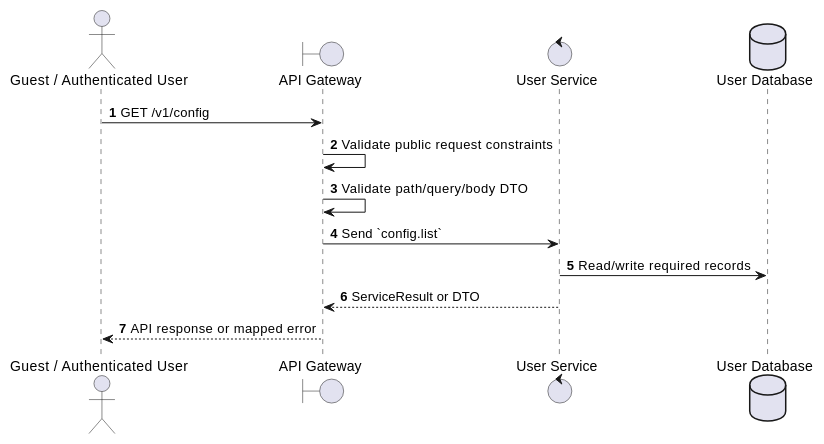
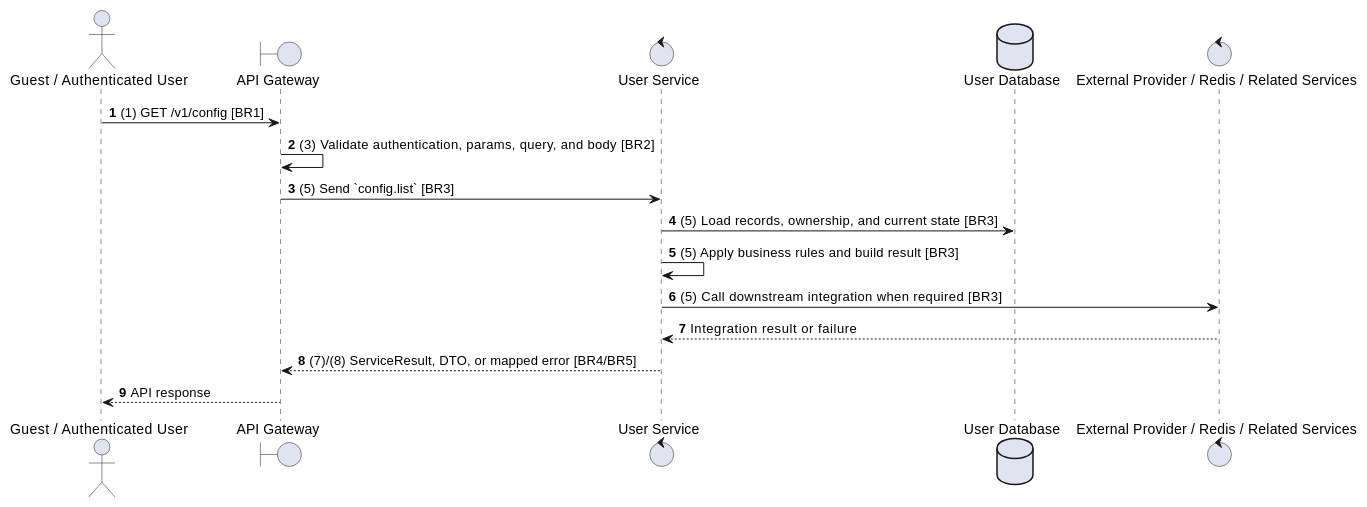
One commit to Tanh1603/movie-hub-architecture changed the second of 2 diagrams in docs/functional_specs/3.12_System_Configuration_Module/CF-01_Get_All_Settings.md. Above: the diagram before and after it, drawn with PlantUML. The commit also changed other lines of this file and 129 other files, not shown here.

````diff
--- a/docs/functional_specs/3.12_System_Configuration_Module/CF-01_Get_All_Settings.md
+++ b/docs/functional_specs/3.12_System_Configuration_Module/CF-01_Get_All_Settings.md
@@ -17,17 +64,20 @@
 ```plantuml
 @startuml
 autonumber
 actor "Guest / Authenticated User" as Actor
 boundary "API Gateway" as GW
 control "User Service" as SVC
 database "User Database" as DB
+control "External Provider / Redis / Related Services" as EXT
 
-Actor -> GW: GET /v1/config
-GW -> GW: Validate public request constraints
-GW -> GW: Validate path/query/body DTO
-GW -> SVC: Send `config.list`
-SVC -> DB: Read/write required records
-SVC --> GW: ServiceResult or DTO
-GW --> Actor: API response or mapped error
+Actor -> GW: (1) GET /v1/config [BR1]
+GW -> GW: (3) Validate authentication, params, query, and body [BR2]
+GW -> SVC: (5) Send `config.list` [BR3]
+SVC -> DB: (5) Load records, ownership, and current state [BR3]
+SVC -> SVC: (5) Apply business rules and build result [BR3]
+SVC -> EXT: (5) Call downstream integration when required [BR3]
+EXT --> SVC: Integration result or failure
+SVC --> GW: (7)/(8) ServiceResult, DTO, or mapped error [BR4/BR5]
+GW --> Actor: API response
 @enduml
 ```
````
